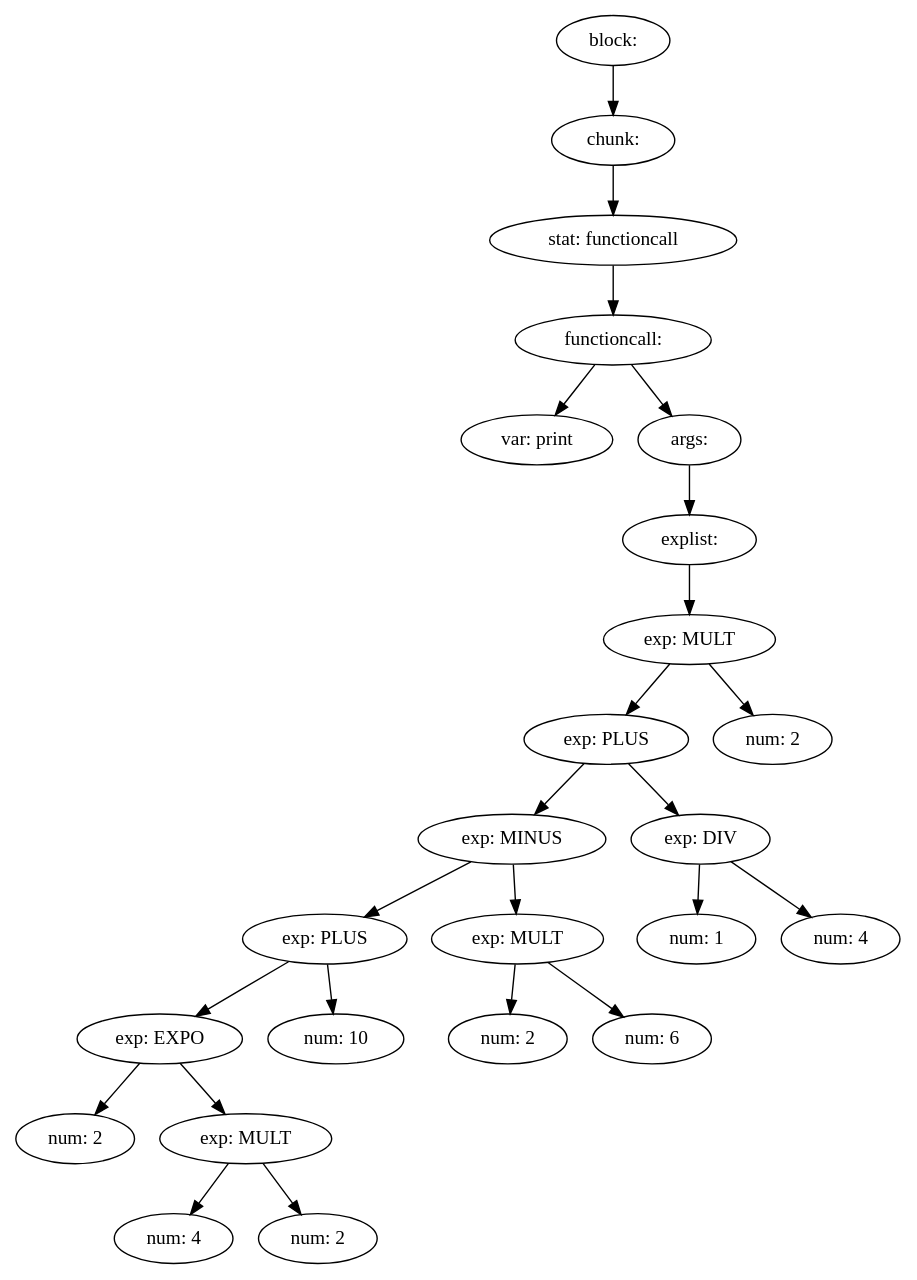
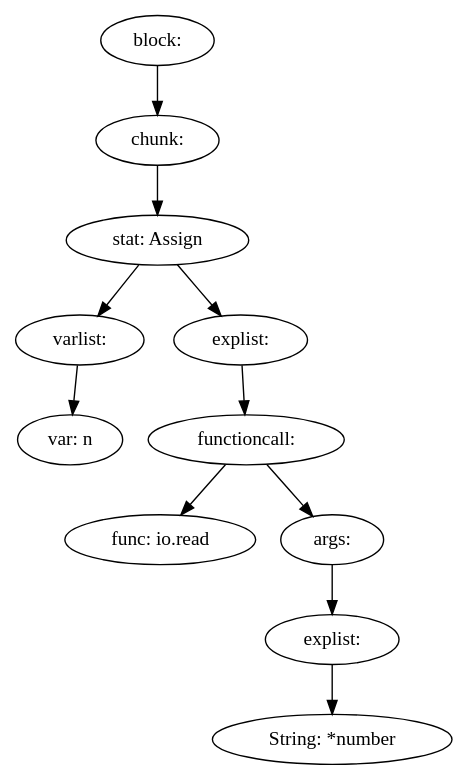
The diagram in ass1-int/source.md (Inkaru/compiler), drawn with Graphviz before and after one commit. The commit also changed 5 other files, not shown here.

````diff
--- a/ass1-int/source.md
+++ b/ass1-int/source.md
@@ -1,51 +1,25 @@
 ```graphviz
 digraph {
-23 [label="block: "];
-23 -> 22
-22 [label="chunk: "];
-22 -> 21
-21 [label="stat: functioncall"];
-21 -> 20
-20 [label="functioncall: "];
-20 -> 0
-20 -> 19
-0 [label="var: print"];
-19 [label="args: "];
-19 -> 18
-18 [label="explist: "];
-18 -> 17
-17 [label="exp: MULT"];
-17 -> 15
-17 -> 16
-15 [label="exp: PLUS"];
-15 -> 11
-15 -> 14
-11 [label="exp: MINUS"];
-11 -> 7
+11 [label="block: "];
 11 -> 10
-7 [label="exp: PLUS"];
-7 -> 5
+10 [label="chunk: "];
+10 -> 9
+9 [label="stat: Assign"];
+9 -> 1
+9 -> 8
+1 [label="varlist: "];
+1 -> 0
+0 [label="var: n"];
+8 [label="explist: "];
+8 -> 7
+7 [label="functioncall: "];
+7 -> 3
 7 -> 6
-5 [label="exp: EXPO"];
-5 -> 1
+3 [label="func: io.read"];
+6 [label="args: "];
+6 -> 5
+5 [label="explist: "];
 5 -> 4
-1 [label="num: 2"];
-4 [label="exp: MULT"];
-4 -> 2
-4 -> 3
-2 [label="num: 4"];
-3 [label="num: 2"];
-6 [label="num: 10"];
-10 [label="exp: MULT"];
-10 -> 8
-10 -> 9
-8 [label="num: 2"];
-9 [label="num: 6"];
-14 [label="exp: DIV"];
-14 -> 12
-14 -> 13
-12 [label="num: 1"];
-13 [label="num: 4"];
-16 [label="num: 2"];
+4 [label="String: *number"];
 }
 ```
````
